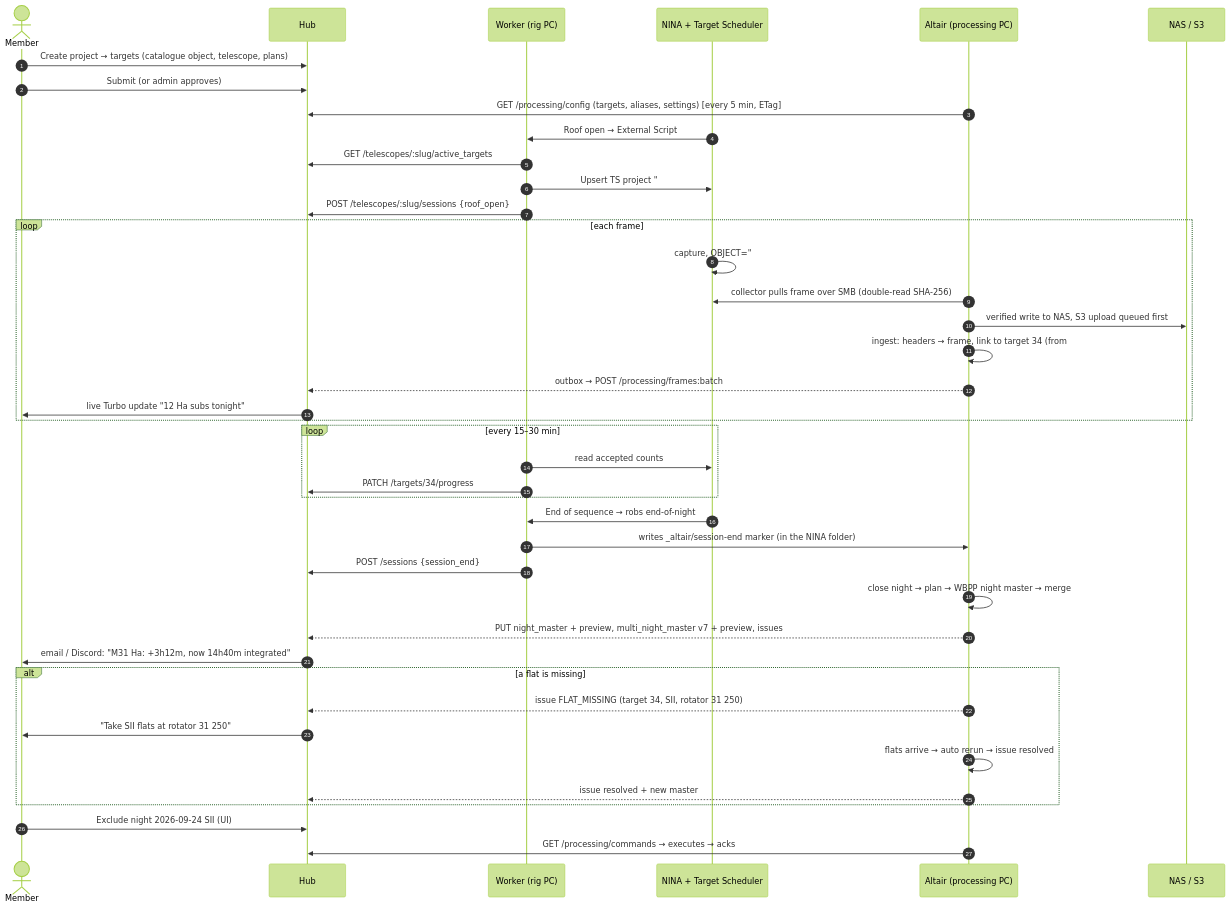
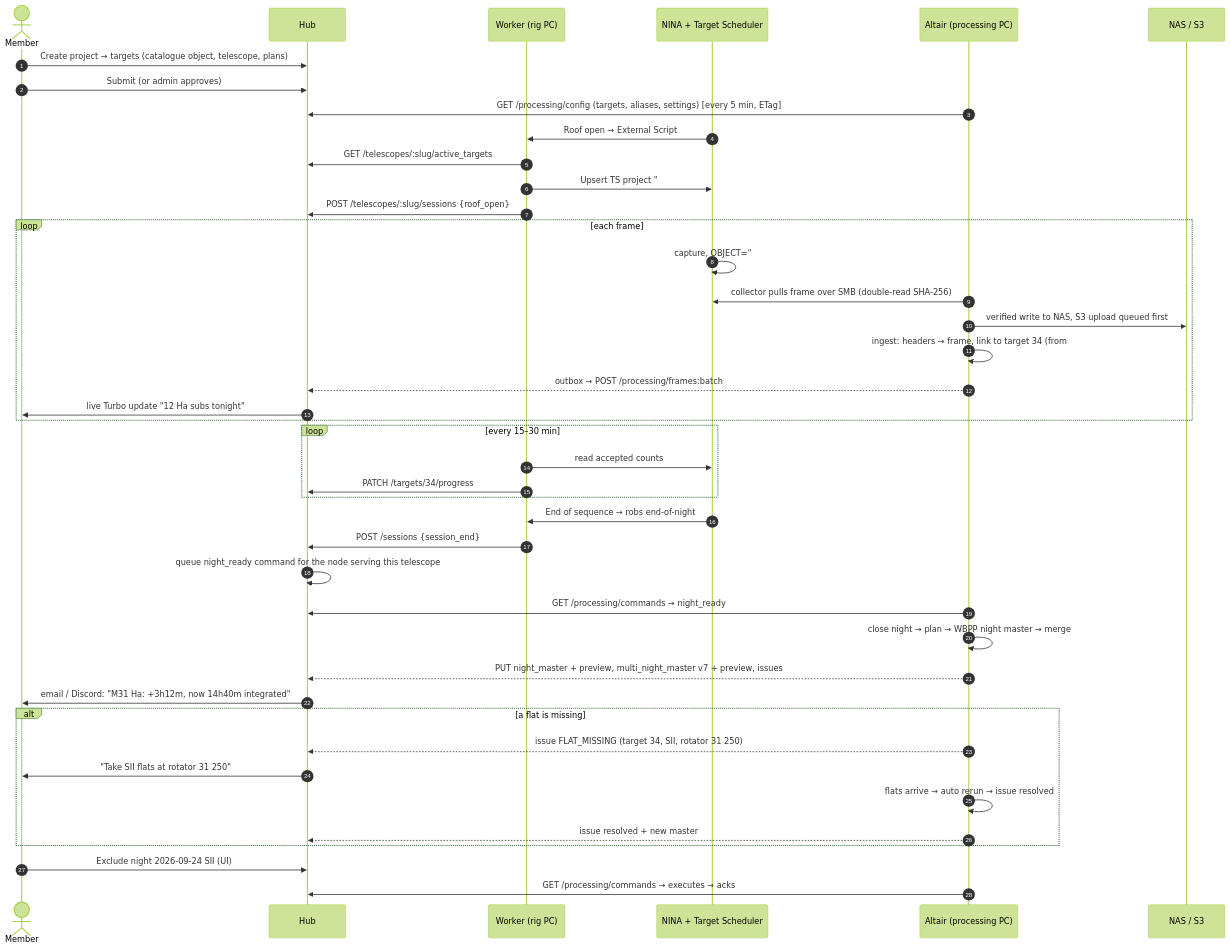
One commit to cecomp64/altair-observatory-system changed the second of 3 diagrams in docs/SYSTEM_ARCHITECTURE.md. Above: the diagram before and after it, drawn with Mermaid (forest theme). The commit also changed other lines of this file, not shown here.

First line of the commit message:
Architecture: merge the repositories into one monorepo

````diff
--- a/docs/SYSTEM_ARCHITECTURE.md
+++ b/docs/SYSTEM_ARCHITECTURE.md
@@ -208,44 +220,45 @@
 ```mermaid
 sequenceDiagram
   autonumber
   actor M as Member
   participant H as Hub
   participant W as Worker (rig PC)
   participant N as NINA + Target Scheduler
   participant A as Altair (processing PC)
   participant S as NAS / S3
 
   M->>H: Create project → targets (catalogue object, telescope, plans)
   M->>H: Submit (or admin approves)
   A->>H: GET /processing/config (targets, aliases, settings) [every 5 min, ETag]
   N->>W: Roof open → External Script
   W->>H: GET /telescopes/:slug/active_targets
   W->>N: Upsert TS project "#P12 …", target "#34 M31", plans
   W->>H: POST /telescopes/:slug/sessions {roof_open}
   loop each frame
     N->>N: capture, OBJECT="#34 M31"
     A->>N: collector pulls frame over SMB (double-read SHA-256)
     A->>S: verified write to NAS, S3 upload queued first
     A->>A: ingest: headers → frame, link to target 34 (from #34 token)
     A-->>H: outbox → POST /processing/frames:batch
     H->>M: live Turbo update "12 Ha subs tonight"
   end
   loop every 15–30 min
     W->>N: read accepted counts
     W->>H: PATCH /targets/34/progress
   end
   N->>W: End of sequence → robs end-of-night
-  W->>A: writes _altair/session-end marker (in the NINA folder)
   W->>H: POST /sessions {session_end}
+  H->>H: queue night_ready command for the node serving this telescope
+  A->>H: GET /processing/commands → night_ready
   A->>A: close night → plan → WBPP night master → merge
   A-->>H: PUT night_master + preview, multi_night_master v7 + preview, issues
   H->>M: email / Discord: "M31 Ha: +3h12m, now 14h40m integrated"
   alt a flat is missing
     A-->>H: issue FLAT_MISSING (target 34, SII, rotator 31 250)
     H->>M: "Take SII flats at rotator 31 250"
     A->>A: flats arrive → auto rerun → issue resolved
     A-->>H: issue resolved + new master
   end
   M->>H: Exclude night 2026-09-24 SII (UI)
   A->>H: GET /processing/commands → executes → acks
 ```
````
